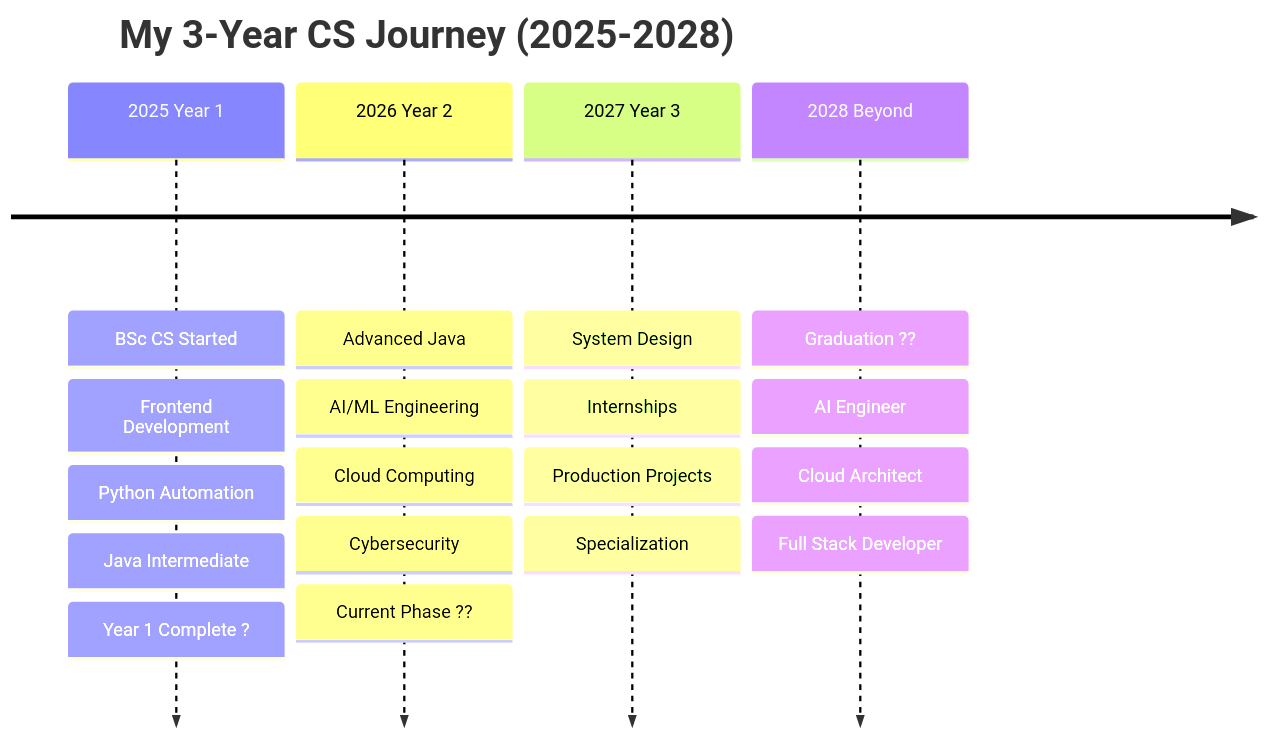
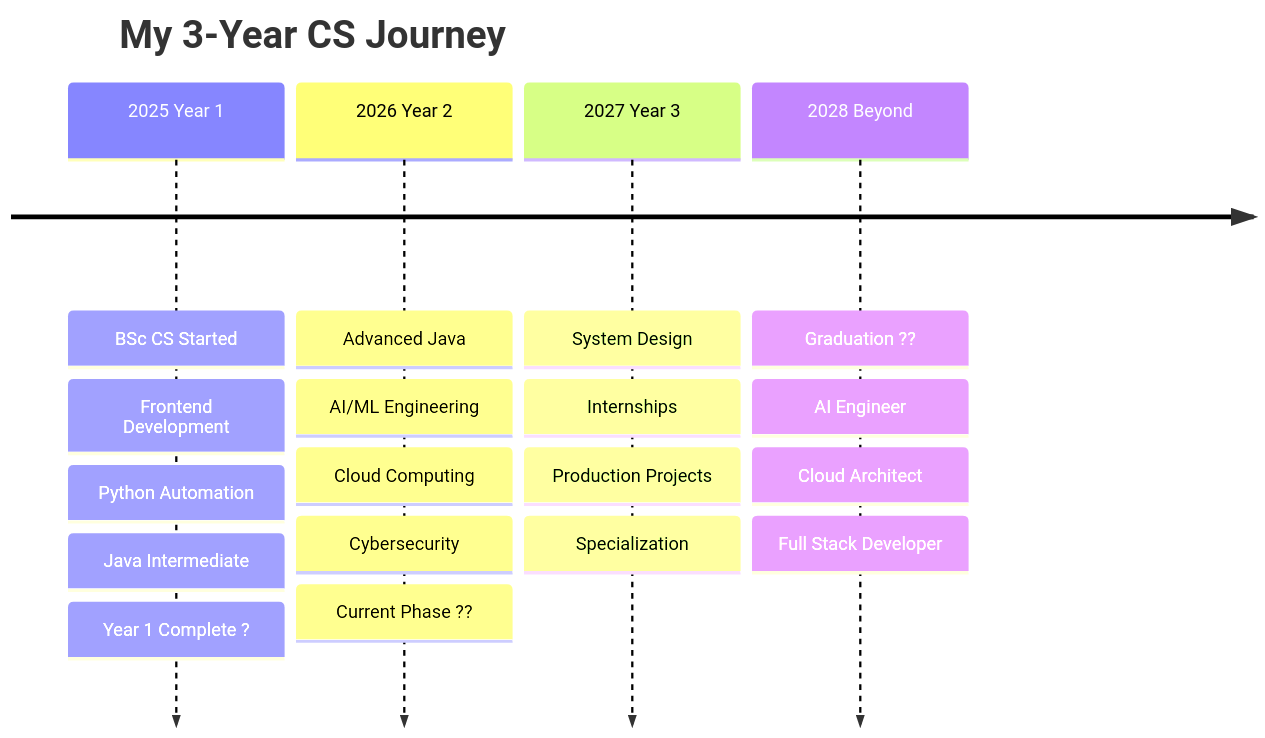
One commit to santoshmandal2908-wq/santoshmandal2908-wq changed the diagram in README.md. Above: the diagram before and after it, drawn with Mermaid. The commit also changed other lines of this file, not shown here.

````diff
--- a/README.md
+++ b/README.md
@@ -146,26 +149,26 @@
 ```mermaid
 timeline
-    title My 3-Year CS Journey (2025-2028)
+    title My 3-Year CS Journey
     
     2025 Year 1 : BSc CS Started
                 : Frontend Development
-                : Python Automation  
+                : Python Automation
                 : Java Intermediate
                 : Year 1 Complete ?
     
     2026 Year 2 : Advanced Java
                 : AI/ML Engineering
                 : Cloud Computing
                 : Cybersecurity
                 : Current Phase ??
     
     2027 Year 3 : System Design
                 : Internships
                 : Production Projects
                 : Specialization
     
     2028 Beyond : Graduation ??
                 : AI Engineer
                 : Cloud Architect
                 : Full Stack Developer
 ```
````
